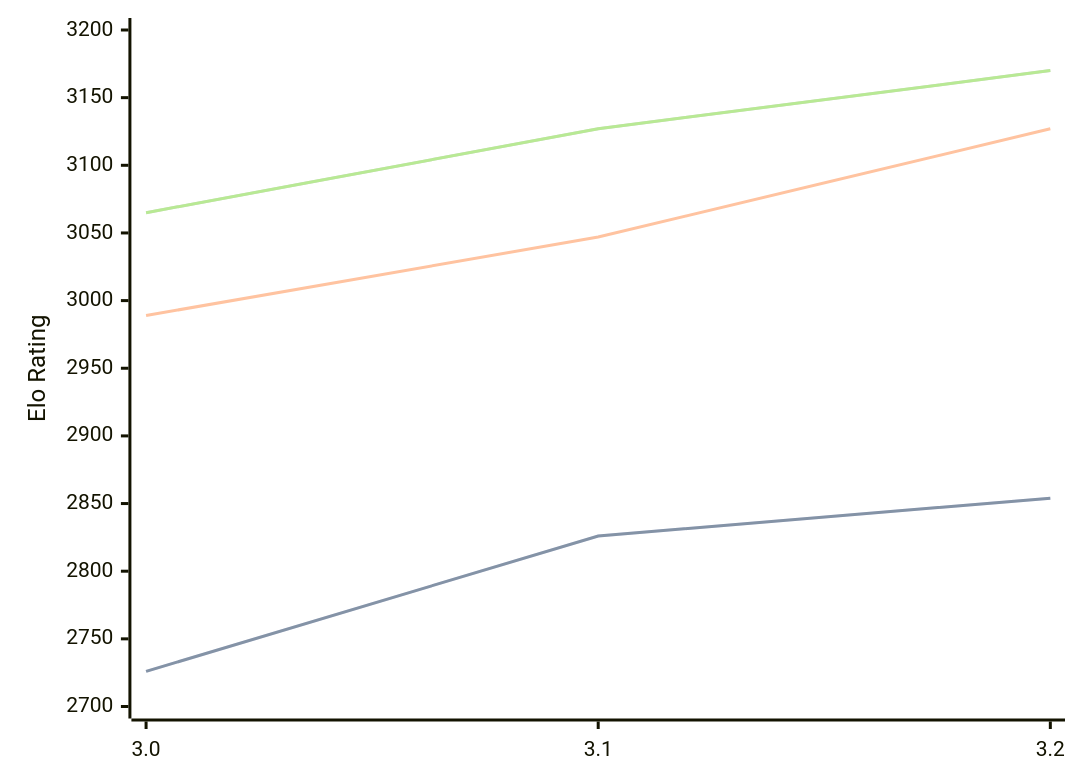
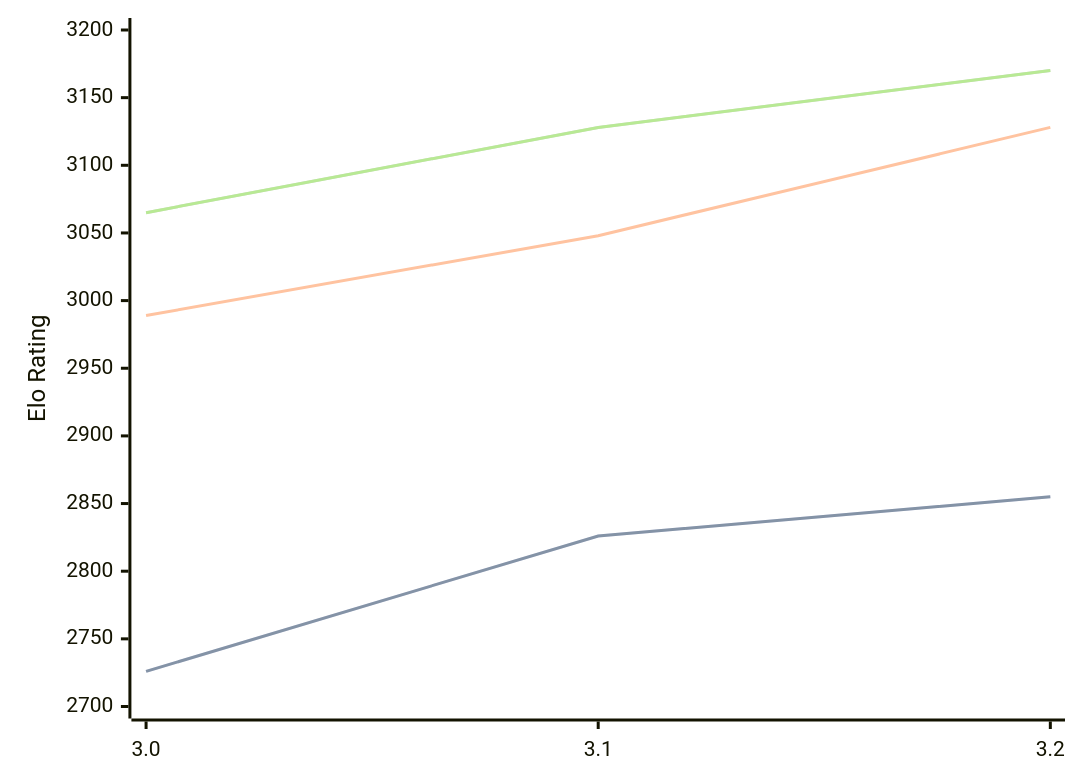
The diagram in engines/Vajolet2.md (computer-chess-index/cci), drawn with Mermaid before and after one commit. The commit also changed other lines of this file, not shown here.

Commit message:
Update CCI Ratings (ELO VLTC) - 2026-08-25

````diff
--- a/engines/Vajolet2.md
+++ b/engines/Vajolet2.md
@@ -33,11 +33,11 @@
 ```mermaid
 %%{init: {"theme":"base","themeVariables":{"seriesColors:['#a3a3a3','#222221','#faa371']}}}%%
 xychart-beta
   x-axis ["3.0", "3.1", "3.2"]
   y-axis "Elo Rating" 2700 --> 3200
-  line "STC (8.0+0.08s)" [2726, 2826, 2854]
-  line "STC (8.0+0.08s)" [2726, 2826, 2854]
-  line "LTC (60.0+0.60s)" [2989, 3047, 3127]
-  line "VLTC (2m24s+1.12s)" [3065, 3127, 3170]
-  line "VLTC (2m24s+1.12s)" [3065, 3127, 3170]
+  line "STC (8.0+0.08s)" [2726, 2826, 2855]
+  line "STC (8.0+0.08s)" [2726, 2826, 2855]
+  line "LTC (60.0+0.60s)" [2989, 3048, 3128]
+  line "VLTC (2m24s+1.12s)" [3065, 3128, 3170]
+  line "VLTC (2m24s+1.12s)" [3065, 3128, 3170]
 ```
````
